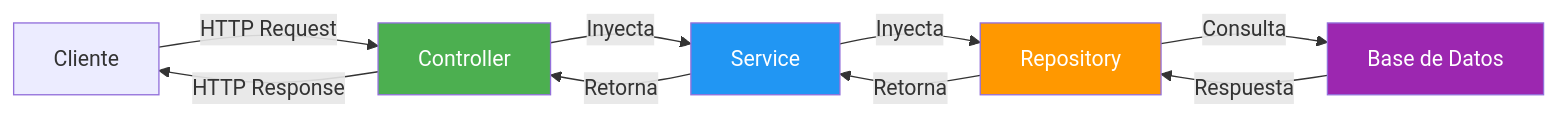
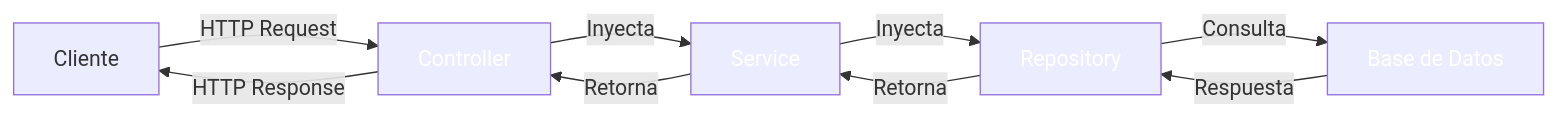
One commit to joseluisgs/DesarrolloWebEntornosServidor-02-2026-2027 changed the second of 5 diagrams in 06-inyeccion-dependencias.md. Above: the diagram before and after it, drawn with Mermaid. The commit also changed other lines of this file and 41 other files, not shown here.

````diff
--- a/06-inyeccion-dependencias.md
+++ b/06-inyeccion-dependencias.md
@@ -195,16 +195,16 @@
 ```mermaid
 flowchart LR
     Client["Cliente"] -->|"HTTP Request"| Controller["Controller"]
     Controller -->|"Inyecta"| Service["Service"]
     Service -->|"Inyecta"| Repository["Repository"]
     Repository -->|"Consulta"| DB["Base de Datos"]
     DB -->|"Respuesta"| Repository
     Repository -->|"Retorna"| Service
     Service -->|"Retorna"| Controller
     Controller -->|"HTTP Response"| Client
 
-    style Controller fill:#4CAF50,color:#fff
-    style Service fill:#2196F3,color:#fff
-    style Repository fill:#FF9800,color:#fff
-    style DB fill:#9C27B0,color:#fff
+    style Controller fill:#4CAF5,color:#fff0,color:#fff
+    style Service fill:#2196F,color:#fff3,color:#fff
+    style Repository fill:#FF980,color:#fff0,color:#fff
+    style DB fill:#9C27B,color:#fff0,color:#fff
 ```
````
